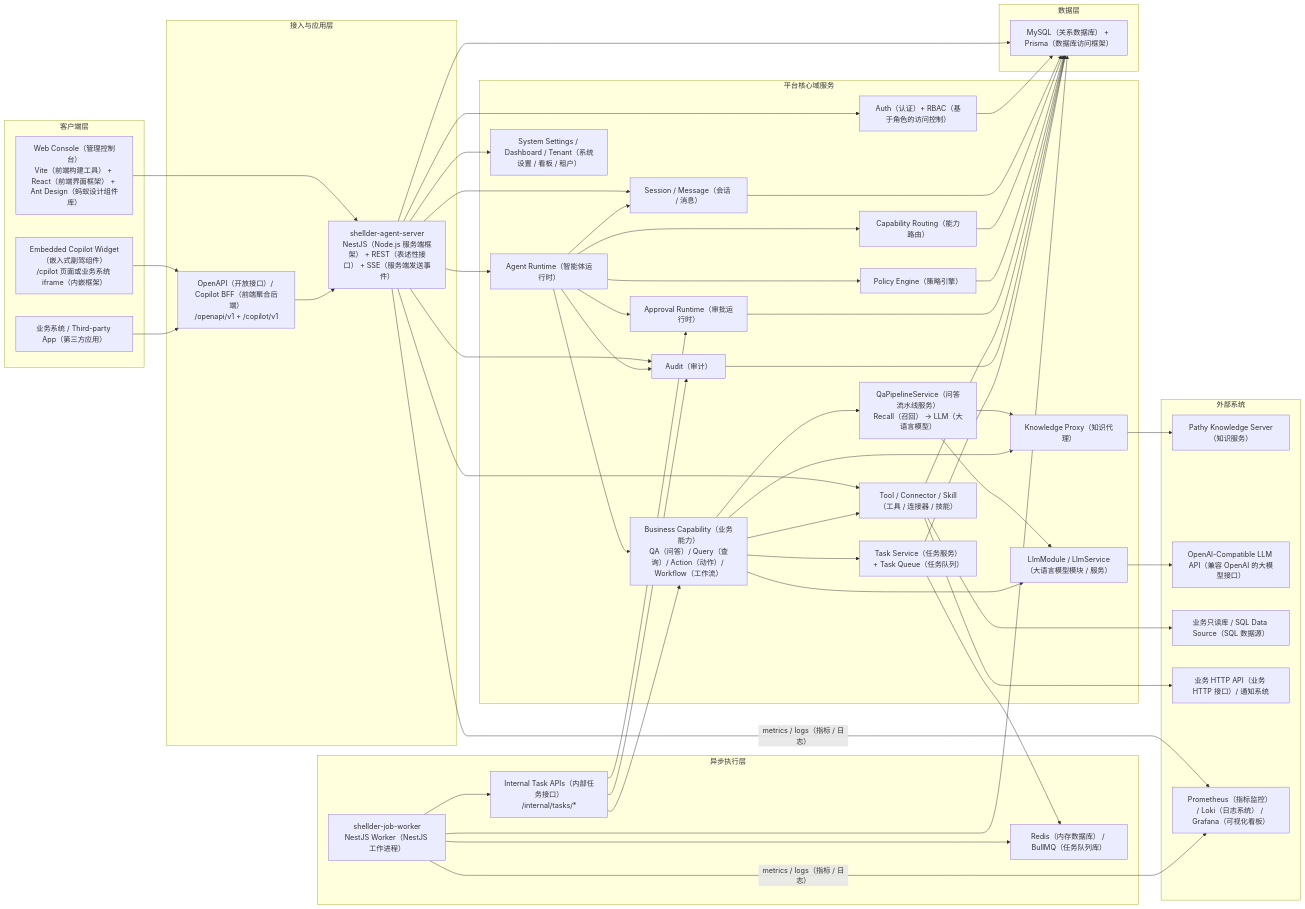
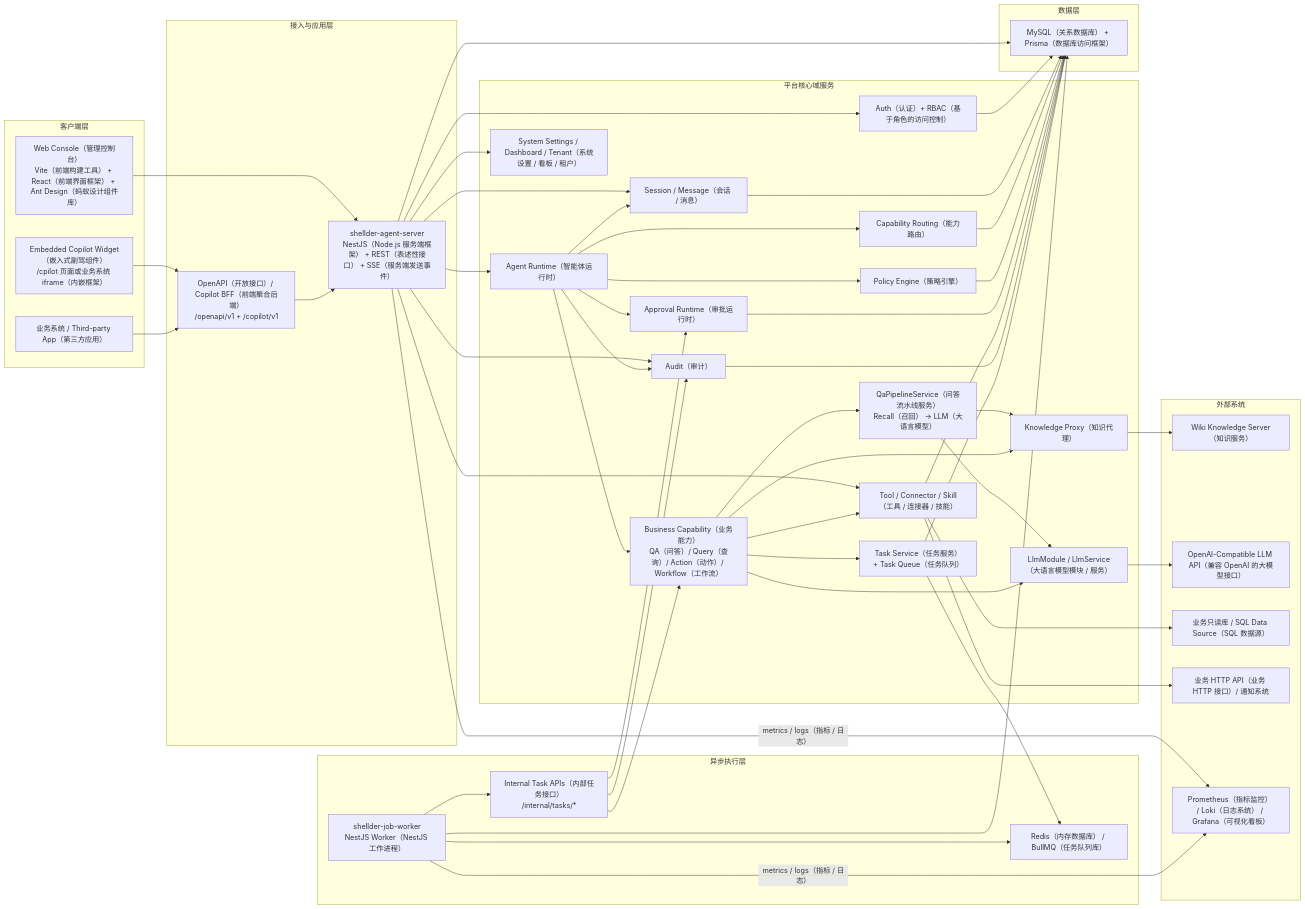
The first of 3 diagrams in docs/system-architecture.md (wangfeifei-xsd/shellder-agent), drawn with Mermaid before and after one commit. The commit also changed other lines of this file and 87 other files, not shown here.

```diff
--- a/docs/system-architecture.md
+++ b/docs/system-architecture.md
@@ -43,7 +43,7 @@
     end
 
     subgraph External["外部系统"]
-        Pathy["Pathy Knowledge Server（知识服务）"]
+        WikiSvc["Wiki Knowledge Server（知识服务）"]
         UpstreamLLM["OpenAI-Compatible LLM API（兼容 OpenAI 的大模型接口）"]
         DBRO["业务只读库 / SQL Data Source（SQL 数据源）"]
         HTTPBiz["业务 HTTP API（业务 HTTP 接口）/ 通知系统"]
@@ -84,7 +84,7 @@
     InternalAPI --> Approval
     InternalAPI --> Audit
 
-    Knowledge --> Pathy
+    Knowledge --> WikiSvc
     LLM --> UpstreamLLM
     Tooling --> DBRO
     Tooling --> HTTPBiz
```
